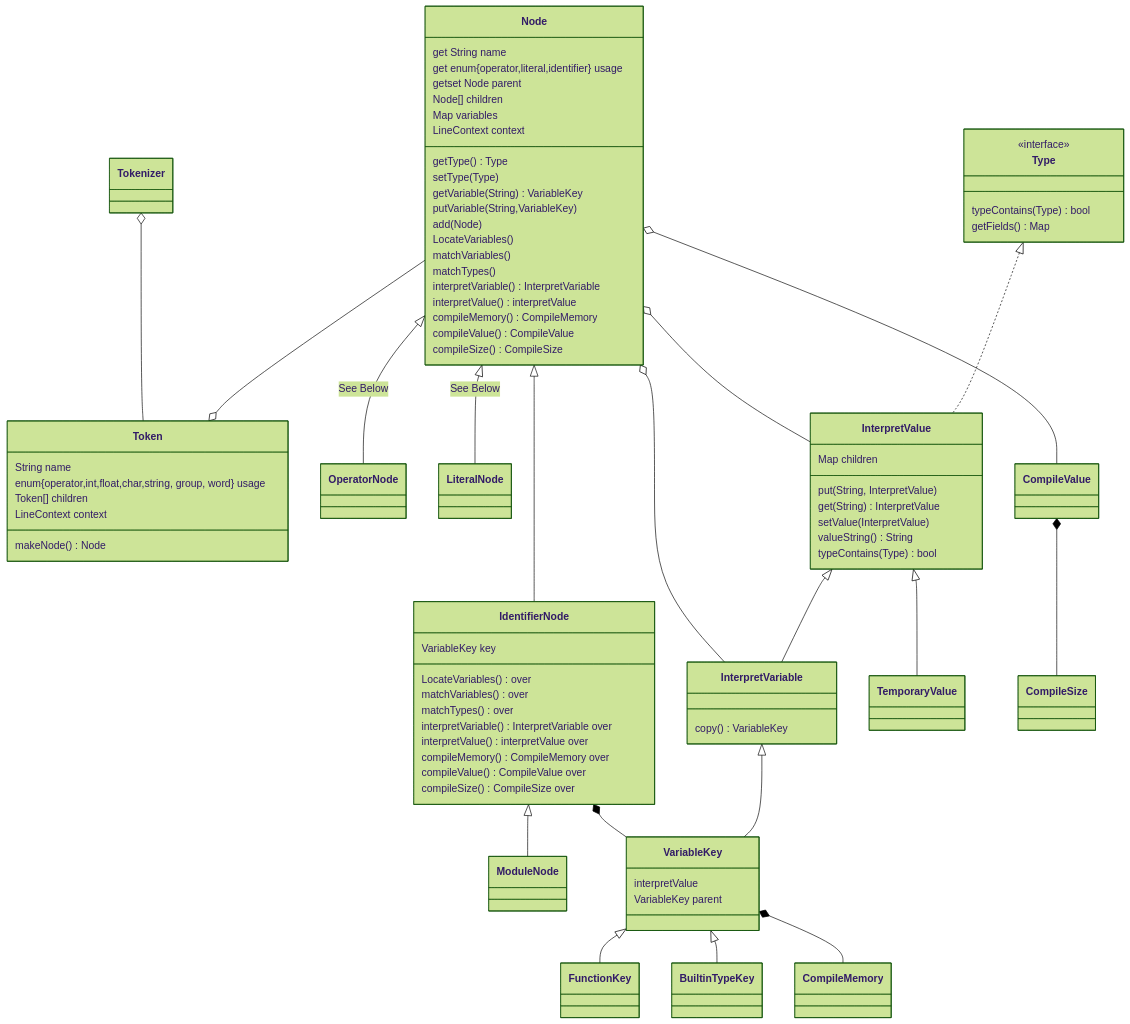
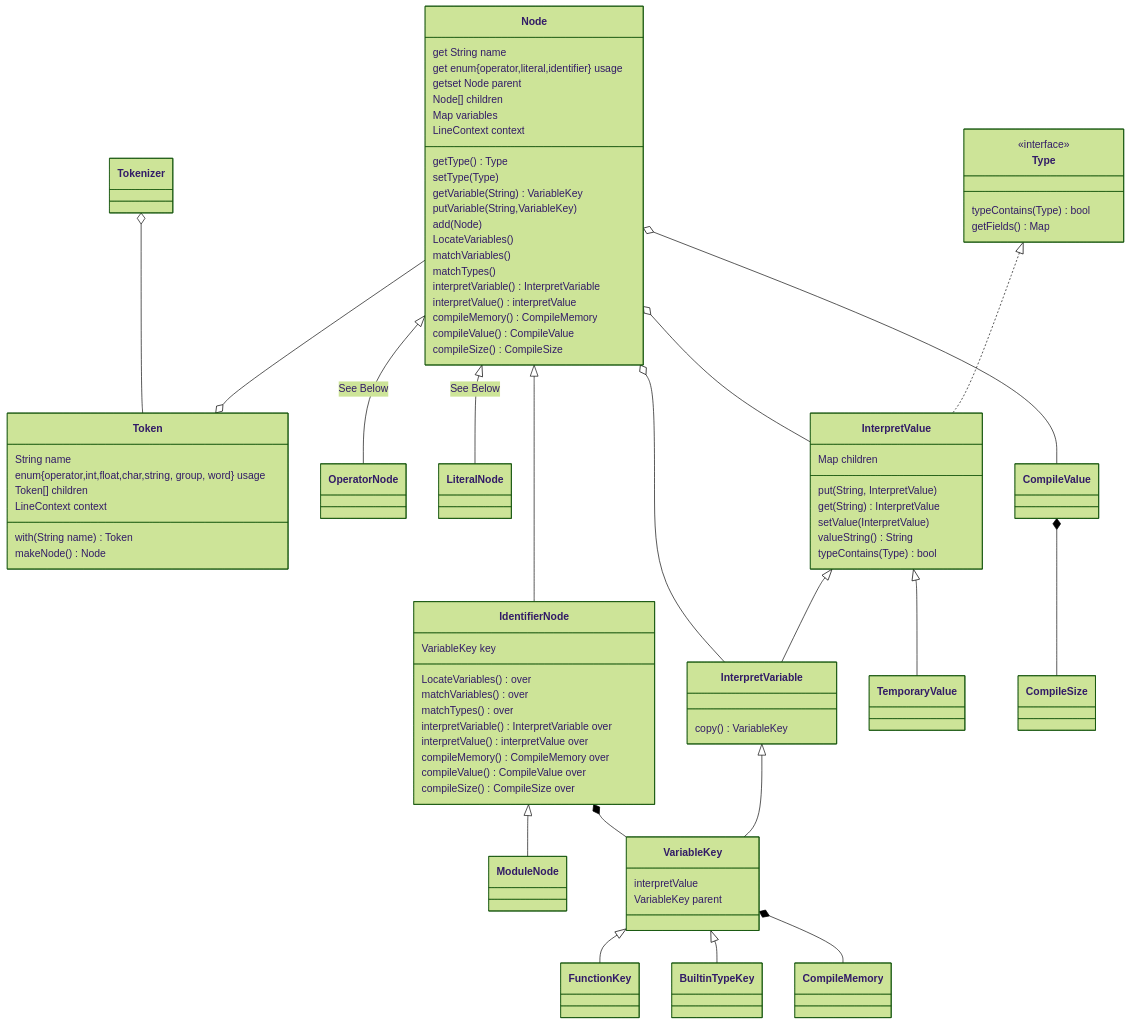
One commit to Jzhyang1/Monomer changed the second of 8 diagrams in Implementation.md. Above: the diagram before and after it, drawn with Mermaid (forest theme). The commit also changed other lines of this file, not shown here.

````diff
--- a/Implementation.md
+++ b/Implementation.md
@@ -80,74 +80,75 @@
 ```mermaid
 classDiagram
 Tokenizer o-- Token
 Node --o Token
 
 Node <|-- OperatorNode: See Below
 Node <|-- LiteralNode: See Below
 Node <|-- IdentifierNode
 Node o-- InterpretVariable
 Node o-- InterpretValue
 IdentifierNode <|-- ModuleNode
 IdentifierNode *-- VariableKey
 VariableKey <|-- FunctionKey
 VariableKey <|-- BuiltinTypeKey
 VariableKey *-- CompileMemory
 InterpretValue <|-- InterpretVariable
 InterpretValue <|-- TemporaryValue
 Type <|.. InterpretValue
 InterpretVariable <|-- VariableKey
 CompileValue *-- CompileSize
 Node o-- CompileValue
 
 Token: String name
 Token: enum{operator,int,float,char,string, group, word} usage
 Token: Token[] children
 Token: LineContext context
+Token: with(String name) Token
 Token: makeNode() Node
 
 Node: get String name
 Node: get enum{operator,literal,identifier} usage
 Node: getset Node parent
 Node: Node[] children
 Node: Map<String, VariableKey> variables
 Node: LineContext context
 Node: getType() Type
 Node: setType(Type)
 Node: getVariable(String) VariableKey
 Node: putVariable(String,VariableKey)
 Node: add(Node)
 Node: LocateVariables()
 Node: matchVariables()
 Node: matchTypes()
 Node: interpretVariable() InterpretVariable
 Node: interpretValue() interpretValue
 Node: compileMemory() CompileMemory
 Node: compileValue() CompileValue
 Node: compileSize() CompileSize
 
 IdentifierNode: VariableKey key
 IdentifierNode: LocateVariables() over
 IdentifierNode: matchVariables() over
 IdentifierNode: matchTypes() over
 IdentifierNode: interpretVariable() InterpretVariable over
 IdentifierNode: interpretValue() interpretValue over
 IdentifierNode: compileMemory() CompileMemory over
 IdentifierNode: compileValue() CompileValue over
 IdentifierNode: compileSize() CompileSize over
 
 InterpretValue: Map<String, InterpretValue> children
 InterpretValue: put(String, InterpretValue)
 InterpretValue: get(String) InterpretValue
 InterpretValue: setValue(InterpretValue)
 InterpretValue: valueString() String
 InterpretValue: typeContains(Type) bool
 
 InterpretVariable: copy() VariableKey
 
 VariableKey: interpretValue
 VariableKey: VariableKey parent
 
 <<interface>> Type
 Type: typeContains(Type) bool
 Type: getFields() Map<String,Type>
 ```
````
